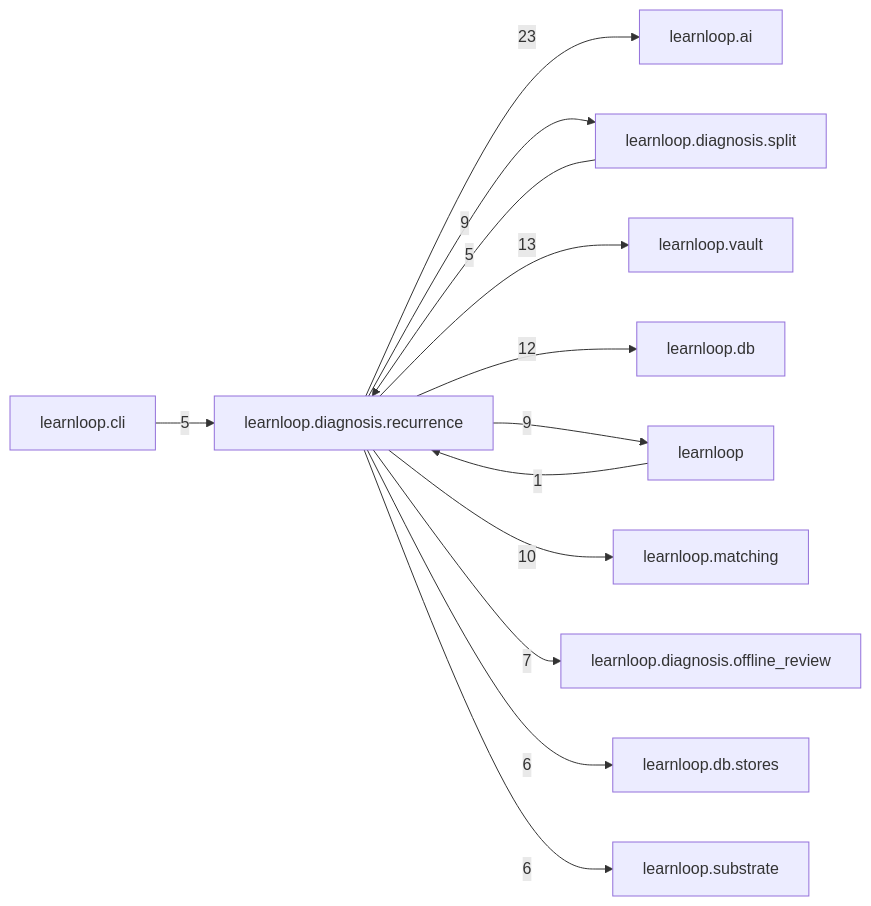
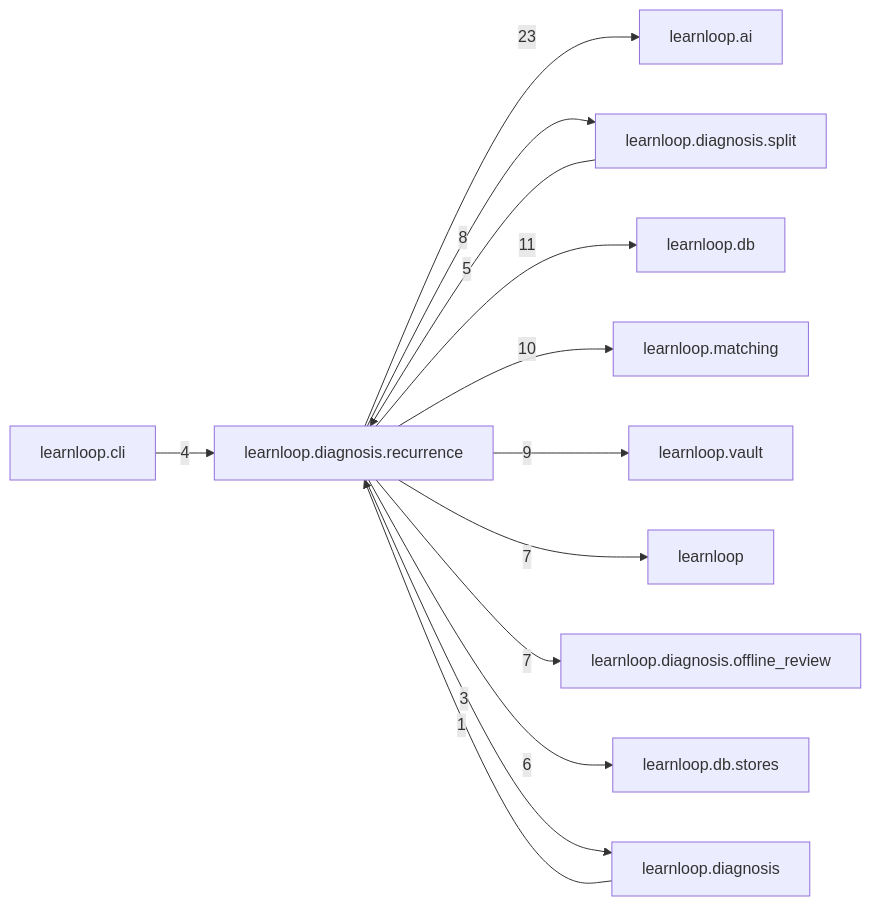
The diagram in docs/learnloop-architecture-vault/Reference/Modules/learnloop/diagnosis/recurrence/_package.md (6up-b/learnanything), drawn with Mermaid before and after one commit. The commit also changed other lines of this file and 174 other files, not shown here.

````diff
--- a/docs/learnloop-architecture-vault/Reference/Modules/learnloop/diagnosis/recurrence/_package.md
+++ b/docs/learnloop-architecture-vault/Reference/Modules/learnloop/diagnosis/recurrence/_package.md
@@ -99,26 +94,26 @@
 ```mermaid
 flowchart LR
     center["learnloop.diagnosis.recurrence"]
     n_learnloop_ai["learnloop.ai"]
     n_learnloop_diagnosis_split["learnloop.diagnosis.split"]
+    n_learnloop_db["learnloop.db"]
+    n_learnloop_matching["learnloop.matching"]
     n_learnloop_vault["learnloop.vault"]
-    n_learnloop_db["learnloop.db"]
     n_learnloop["learnloop"]
-    n_learnloop_matching["learnloop.matching"]
     n_learnloop_diagnosis_offline_review["learnloop.diagnosis.offline_review"]
     n_learnloop_db_stores["learnloop.db.stores"]
-    n_learnloop_substrate["learnloop.substrate"]
     n_learnloop_cli["learnloop.cli"]
+    n_learnloop_diagnosis["learnloop.diagnosis"]
     center -->|23| n_learnloop_ai
     n_learnloop_diagnosis_split -->|5| center
-    center -->|9| n_learnloop_diagnosis_split
-    center -->|13| n_learnloop_vault
-    center -->|12| n_learnloop_db
-    n_learnloop -->|1| center
-    center -->|9| n_learnloop
+    center -->|8| n_learnloop_diagnosis_split
+    center -->|11| n_learnloop_db
     center -->|10| n_learnloop_matching
+    center -->|9| n_learnloop_vault
+    center -->|7| n_learnloop
     center -->|7| n_learnloop_diagnosis_offline_review
     center -->|6| n_learnloop_db_stores
-    center -->|6| n_learnloop_substrate
-    n_learnloop_cli -->|5| center
+    n_learnloop_cli -->|4| center
+    n_learnloop_diagnosis -->|1| center
+    center -->|3| n_learnloop_diagnosis
 ```
````
